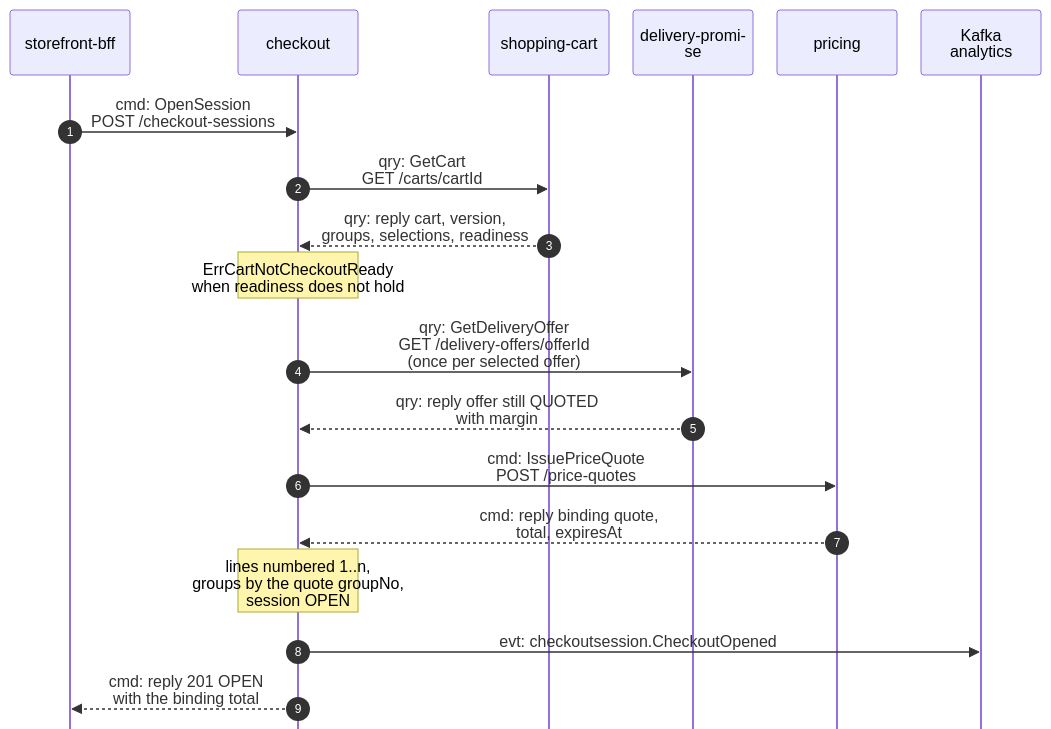
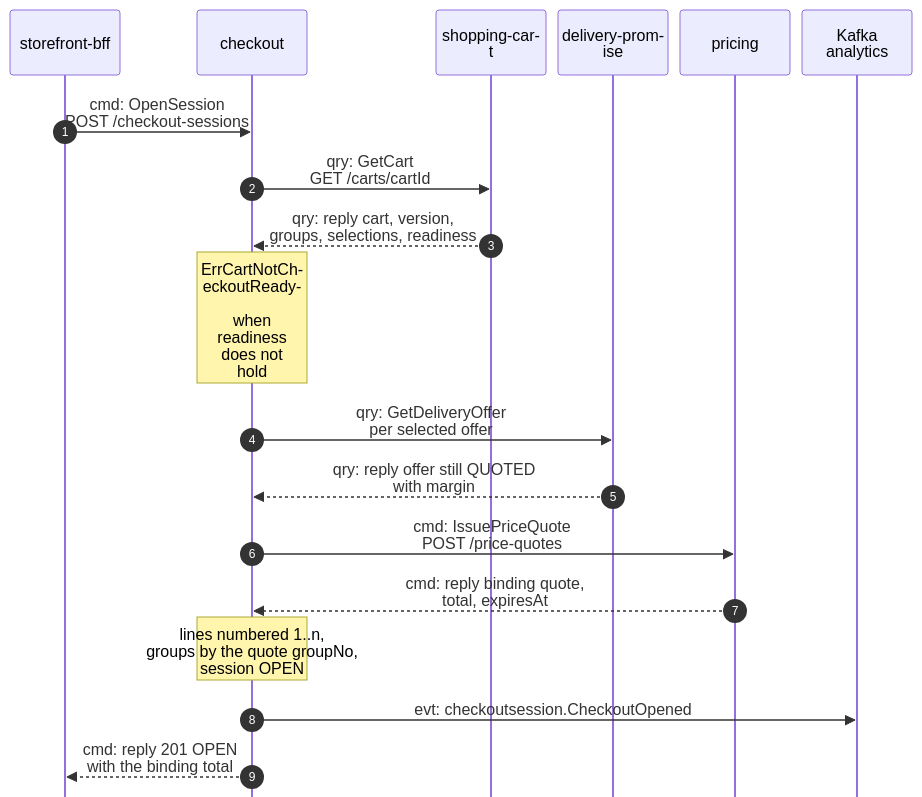
The first of 5 diagrams in storefront/docs/contexts/checkout/domain-message-flow.md (IQVO/warehouse-docs), drawn with Mermaid before and after one commit. The commit also changed other lines of this file and 1 other file, not shown here.

Commit message:
docs(storefront): checkout pack diagram widths

````diff
--- a/storefront/docs/contexts/checkout/domain-message-flow.md
+++ b/storefront/docs/contexts/checkout/domain-message-flow.md
@@ -26,22 +26,22 @@
 ```mermaid
-%%{init: {"sequence": {"wrap": true, "width": 120, "actorMargin": 24, "messageMargin": 28, "boxMargin": 6, "noteMargin": 6, "mirrorActors": false}}}%%
+%%{init: {"sequence": {"wrap": true, "width": 110, "actorMargin": 12, "messageMargin": 28, "boxMargin": 6, "noteMargin": 6, "mirrorActors": false}}}%%
 sequenceDiagram
     autonumber
     participant BFF as storefront-bff
     participant CK as checkout
     participant SC as shopping-cart
     participant DP as delivery-promise
     participant PR as pricing
     participant K as Kafka analytics
     BFF->>CK: cmd: OpenSession<br/>POST /checkout-sessions
     CK->>SC: qry: GetCart<br/>GET /carts/cartId
     SC-->>CK: qry: reply cart, version,<br/>groups, selections, readiness
     Note over CK: ErrCartNotCheckoutReady<br/>when readiness does not hold
-    CK->>DP: qry: GetDeliveryOffer<br/>GET /delivery-offers/offerId<br/>(once per selected offer)
+    CK->>DP: qry: GetDeliveryOffer<br/>per selected offer
     DP-->>CK: qry: reply offer still QUOTED<br/>with margin
     CK->>PR: cmd: IssuePriceQuote<br/>POST /price-quotes
     PR-->>CK: cmd: reply binding quote,<br/>total, expiresAt
     Note over CK: lines numbered 1..n,<br/>groups by the quote groupNo,<br/>session OPEN
     CK->>K: evt: checkoutsession.CheckoutOpened
     CK-->>BFF: cmd: reply 201 OPEN<br/>with the binding total
 ```
````
